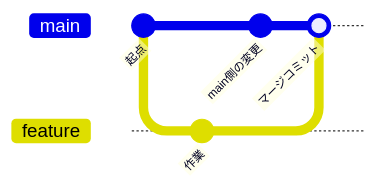
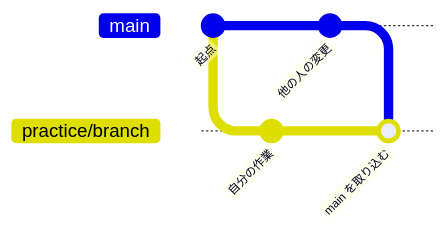
One commit to ykgw-daiki-nakamura/nakamura-git-tutorial changed the diagram in docs/hands-on/branching-lab.md. Above: the diagram before and after it, drawn with Mermaid. The commit also changed other lines of this file, not shown here.

````diff
--- a/docs/hands-on/branching-lab.md
+++ b/docs/hands-on/branching-lab.md
@@ -135,10 +112,11 @@
 ```mermaid
 gitGraph
     commit id: "起点"
-    branch feature
-    checkout feature
-    commit id: "作業"
+    branch practice/branch
+    checkout practice/branch
+    commit id: "自分の作業"
     checkout main
-    commit id: "main側の変更"
-    merge feature id: "マージコミット"
+    commit id: "他の人の変更"
+    checkout practice/branch
+    merge main id: "main を取り込む"
 ```
````
